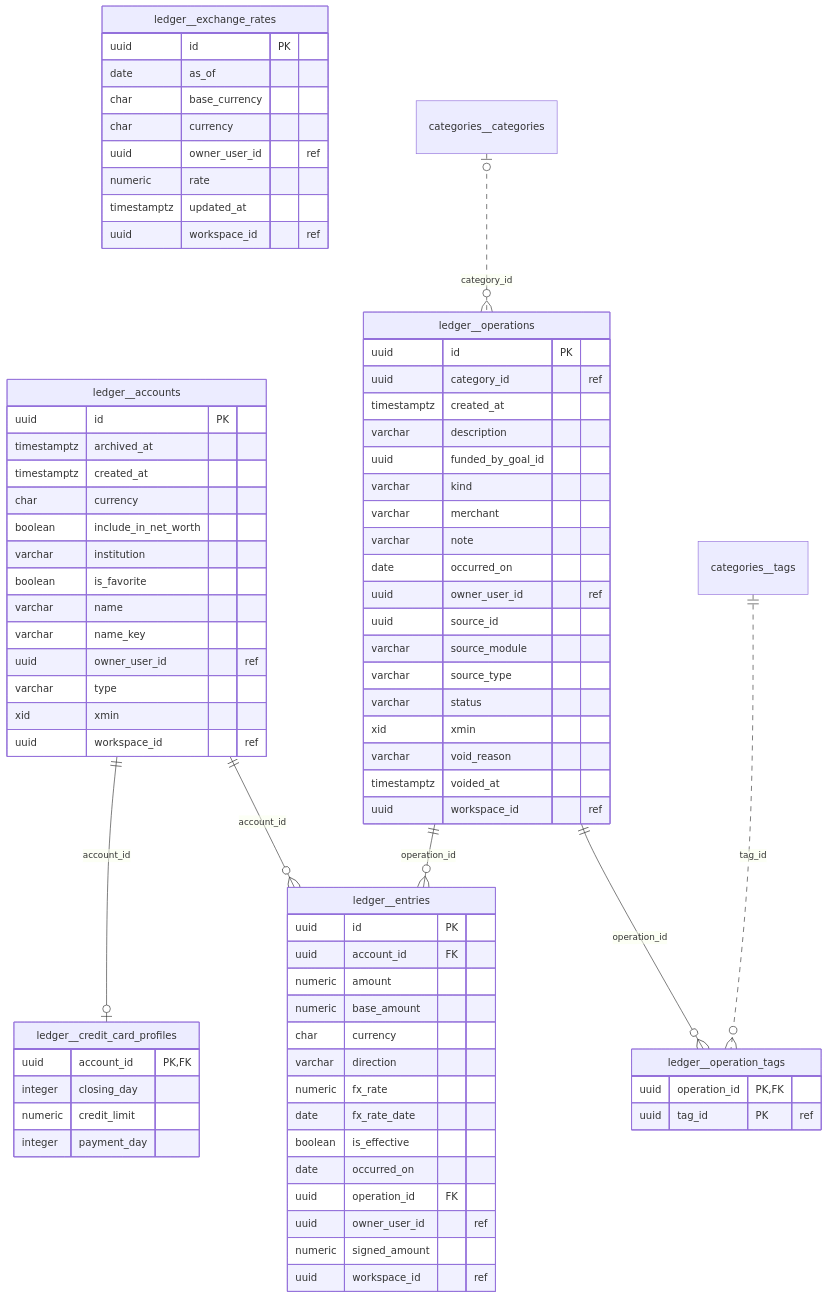
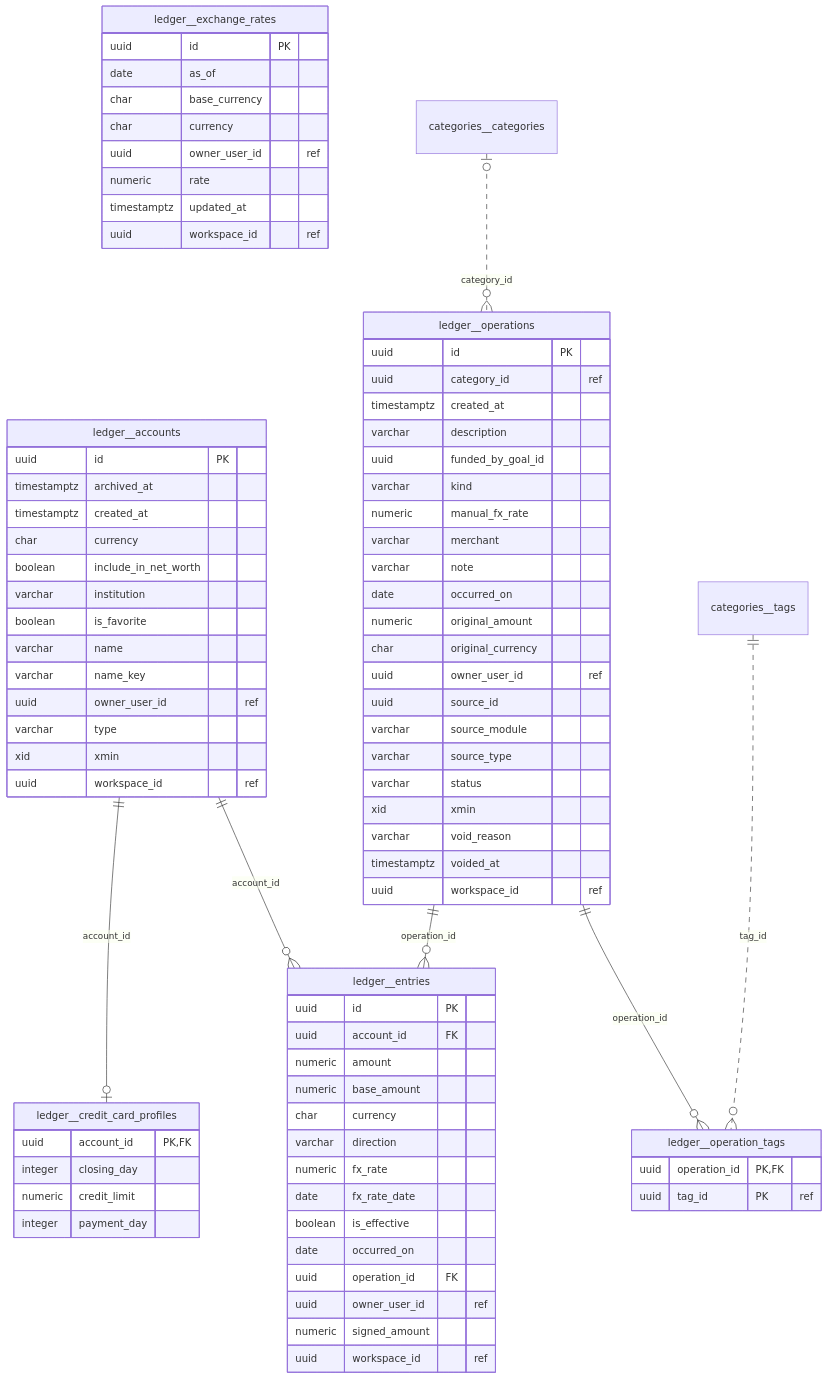
Before and after one commit to TorresMBA/finanzas-hub-api: the fifth of 13 diagrams in docs/backend/database.md, drawn with Mermaid. The commit also changed other lines of this file and 20 other files, not shown here.

```diff
--- a/docs/backend/database.md
+++ b/docs/backend/database.md
@@ -621,9 +621,12 @@
         varchar description
         uuid funded_by_goal_id
         varchar kind
+        numeric manual_fx_rate
         varchar merchant
         varchar note
         date occurred_on
+        numeric original_amount
+        char original_currency
         uuid owner_user_id "ref"
         uuid source_id
         varchar source_module
```
